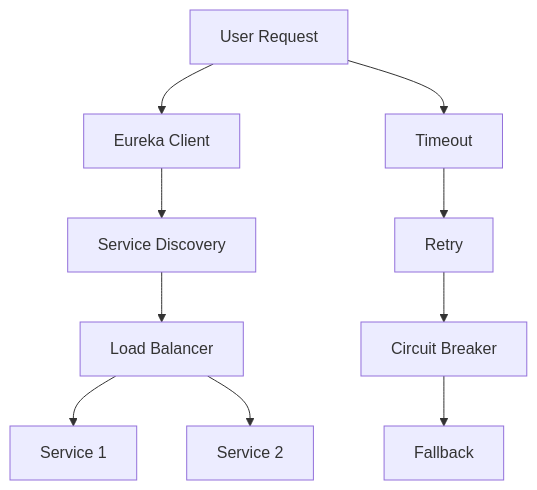
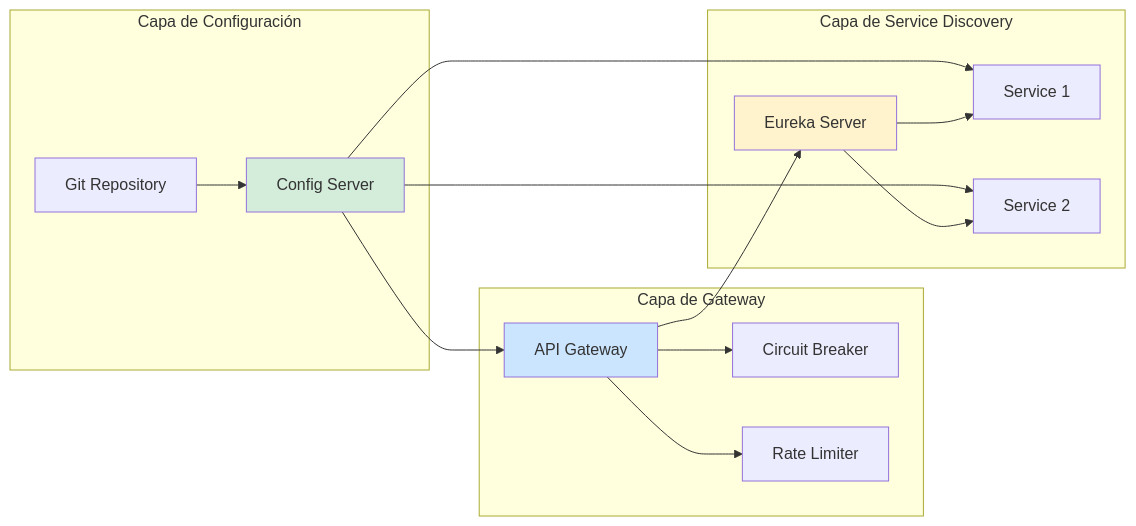
Before and after one commit to Joaquinriosheredia/DAM-Java-Mastery: the second of 3 diagrams in _Review/spring_cloud_config_gateway_service_discovery/spring_cloud_config_gateway_service_discovery.md, drawn with Mermaid. The commit also changed other lines of this file, not shown here.

Commit message:
spring_cloud_config_gateway_service_discovery.md

````diff
--- a/_Review/spring_cloud_config_gateway_service_discovery/spring_cloud_config_gateway_service_discovery.md
+++ b/_Review/spring_cloud_config_gateway_service_discovery/spring_cloud_config_gateway_service_discovery.md
@@ -443,13 +162,33 @@
 ```mermaid
-graph TD
-    A[API Gateway] --> B[Eureka Client]
-    B --> C[Service Discovery]
-    C --> D[Load Balancer]
-    D --> E[Service 1]
-    D --> F[Service 2]
-
-    A["User Request"] --> G[Timeout]
-    G --> H[Retry]
-    H --> I[Circuit Breaker]
-    I --> J[Fallback]
+graph LR
+    subgraph "Capa de Configuración"
+        GIT[Git Repository]
+        CONFIG[Config Server]
+    end
+    
+    subgraph "Capa de Gateway"
+        GW[API Gateway]
+        CB[Circuit Breaker]
+        RL[Rate Limiter]
+    end
+    
+    subgraph "Capa de Service Discovery"
+        EUREKA[Eureka Server]
+        SVC1[Service 1]
+        SVC2[Service 2]
+    end
+    
+    GIT --> CONFIG
+    CONFIG --> GW
+    CONFIG --> SVC1
+    CONFIG --> SVC2
+    GW --> EUREKA
+    EUREKA --> SVC1
+    EUREKA --> SVC2
+    GW --> CB
+    GW --> RL
+    
+    style CONFIG fill:#d4edda
+    style GW fill:#cce5ff
+    style EUREKA fill:#fff3cd
 ```
````
